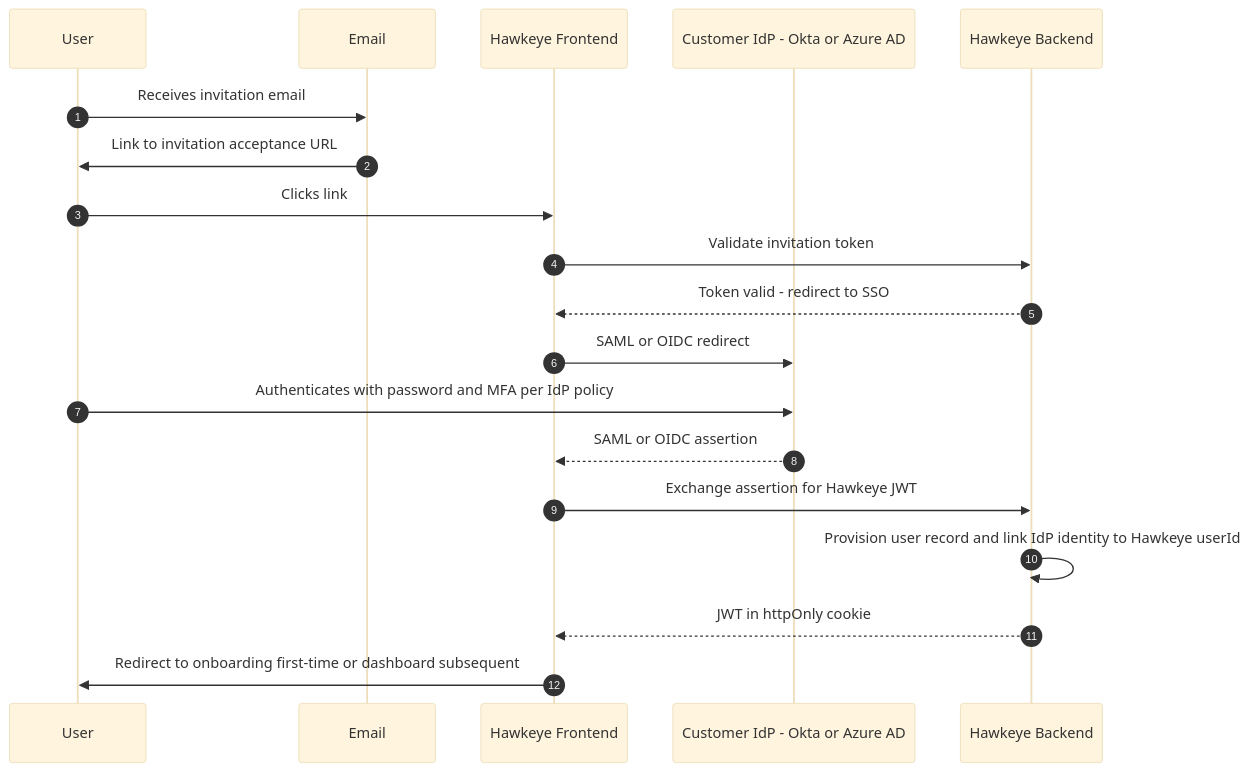
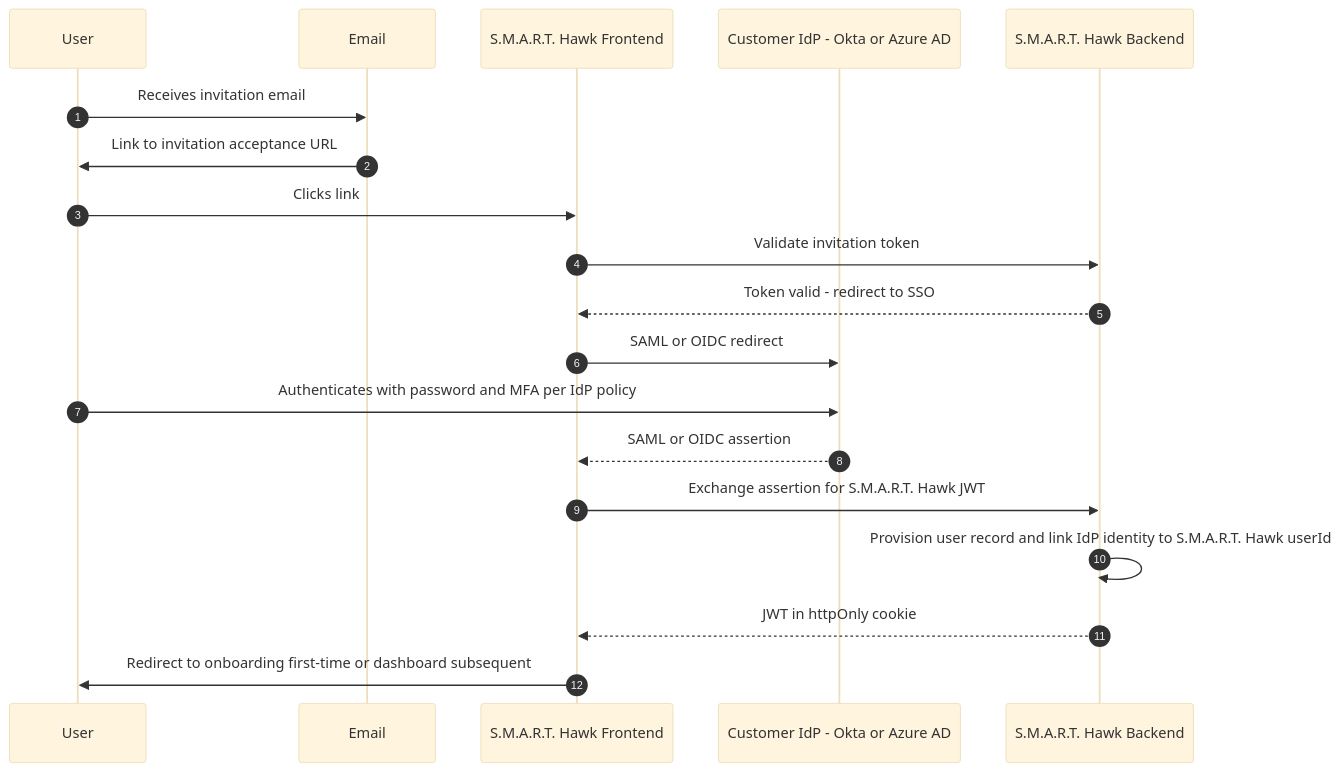
The first of 9 diagrams in 05-design/flows/USER-FLOWS.md (hawkeyetransact-dotcom/doc_v2), drawn with Mermaid (base theme) before and after one commit. The commit also changed other lines of this file and 105 other files, not shown here.

First line of the commit message:
Rebrand docs: Hawkeye -> S.M.A.R.T. Hawk; S.M.A.R.T. five-pillar pipeline

````diff
--- a/05-design/flows/USER-FLOWS.md
+++ b/05-design/flows/USER-FLOWS.md
@@ -51,22 +51,22 @@
 ```mermaid
 sequenceDiagram
     autonumber
     participant U as User
     participant E as Email
-    participant FE as Hawkeye Frontend
+    participant FE as S.M.A.R.T. Hawk Frontend
     participant IDP as Customer IdP - Okta or Azure AD
-    participant BE as Hawkeye Backend
+    participant BE as S.M.A.R.T. Hawk Backend
 
     U->>E: Receives invitation email
     E->>U: Link to invitation acceptance URL
     U->>FE: Clicks link
     FE->>BE: Validate invitation token
     BE-->>FE: Token valid - redirect to SSO
     FE->>IDP: SAML or OIDC redirect
     U->>IDP: Authenticates with password and MFA per IdP policy
     IDP-->>FE: SAML or OIDC assertion
-    FE->>BE: Exchange assertion for Hawkeye JWT
-    BE->>BE: Provision user record and link IdP identity to Hawkeye userId
+    FE->>BE: Exchange assertion for S.M.A.R.T. Hawk JWT
+    BE->>BE: Provision user record and link IdP identity to S.M.A.R.T. Hawk userId
     BE-->>FE: JWT in httpOnly cookie
     FE->>U: Redirect to onboarding first-time or dashboard subsequent
 ```
````
